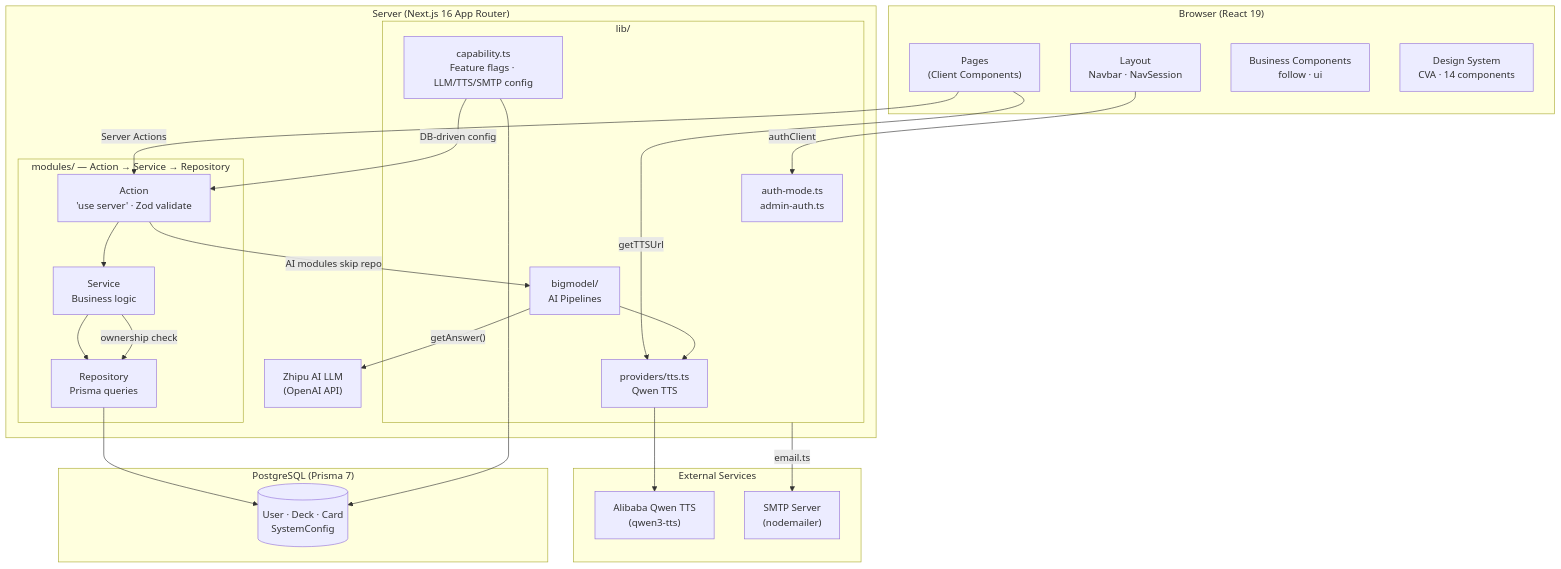
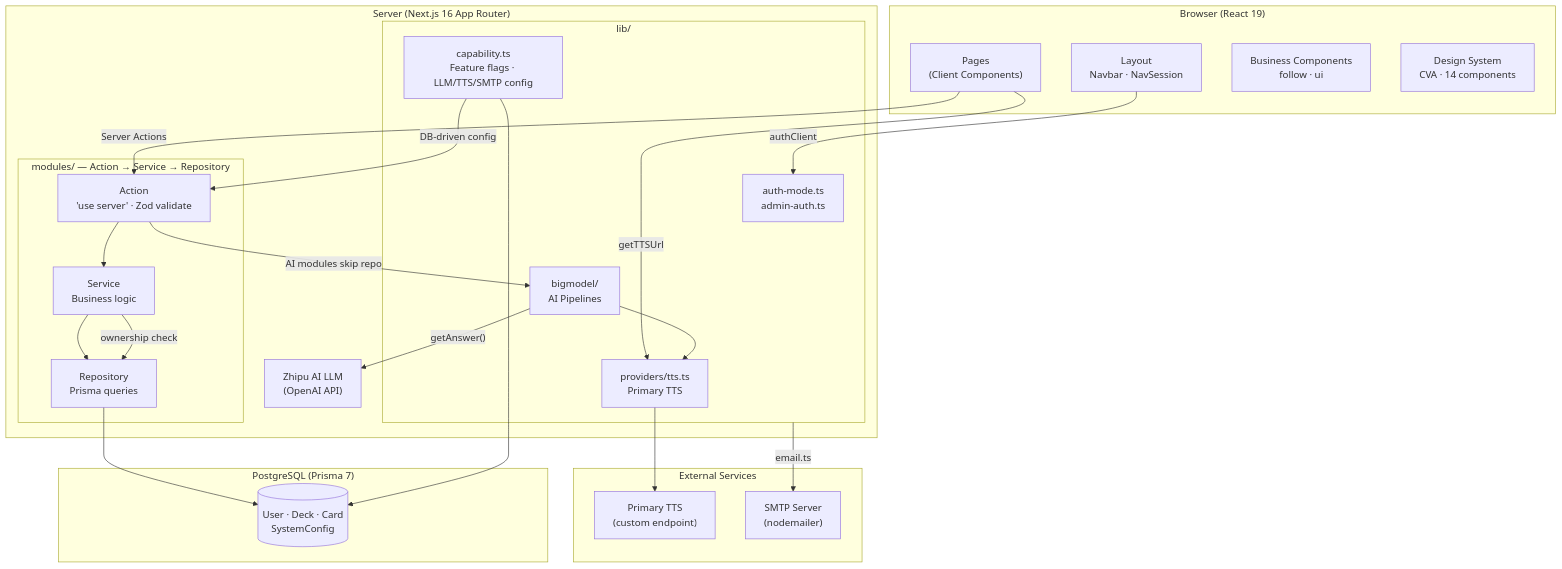
One commit to GoddoNebianU/learn-languages changed the diagram in README.md. Above: the diagram before and after it, drawn with Mermaid. The commit also changed other lines of this file and 13 other files, not shown here.

First line of the commit message:
refactor: remove DashScope (Alibaba Qwen) TTS, keep only primary custom endpoint

````diff
--- a/README.md
+++ b/README.md
@@ -48,48 +48,48 @@
 ```mermaid
 graph TB
     subgraph Browser["Browser (React 19)"]
         Pages["Pages<br/>(Client Components)"]
         Layout["Layout<br/>Navbar · NavSession"]
         BizComps["Business Components<br/>follow · ui"]
         DS["Design System<br/>CVA · 14 components"]
     end
 
     Pages -->|"Server Actions"| Action
     Layout -->|"authClient"| AuthMod
     Pages -->|"getTTSUrl"| TTS
 
     subgraph Server["Server (Next.js 16 App Router)"]
         subgraph Modules["modules/ — Action → Service → Repository"]
             Action["Action<br/>'use server' · Zod validate"] --> Service["Service<br/>Business logic"] --> Repository["Repository<br/>Prisma queries"]
         end
         Action -->|"AI modules skip repo"| Pipelines
 
         subgraph Lib["lib/"]
             AuthMod["auth-mode.ts<br/>admin-auth.ts"]
             Cap["capability.ts<br/>Feature flags · LLM/TTS/SMTP config"]
             Pipelines["bigmodel/<br/>AI Pipelines"]
-            TTS["providers/tts.ts<br/>Qwen TTS"]
+            TTS["providers/tts.ts<br/>Primary TTS"]
         end
 
         Service -->|"ownership check"| Repository
         Pipelines -->|"getAnswer()"| LLM
         Pipelines --> TTS
         Cap -->|"DB-driven config"| Action
     end
 
     Repository --> DB
     Cap --> DB
 
     subgraph Storage["PostgreSQL (Prisma 7)"]
         DB[("User · Deck · Card<br/>SystemConfig")]
     end
 
     subgraph External["External Services"]
         LLM["Zhipu AI LLM<br/>(OpenAI API)"]
-        Qwen["Alibaba Qwen TTS<br/>(qwen3-tts)"]
+        Qwen["Primary TTS<br/>(custom endpoint)"]
         SMTP["SMTP Server<br/>(nodemailer)"]
     end
 
     TTS --> Qwen
     Lib -->|"email.ts"| SMTP
 ```
````
